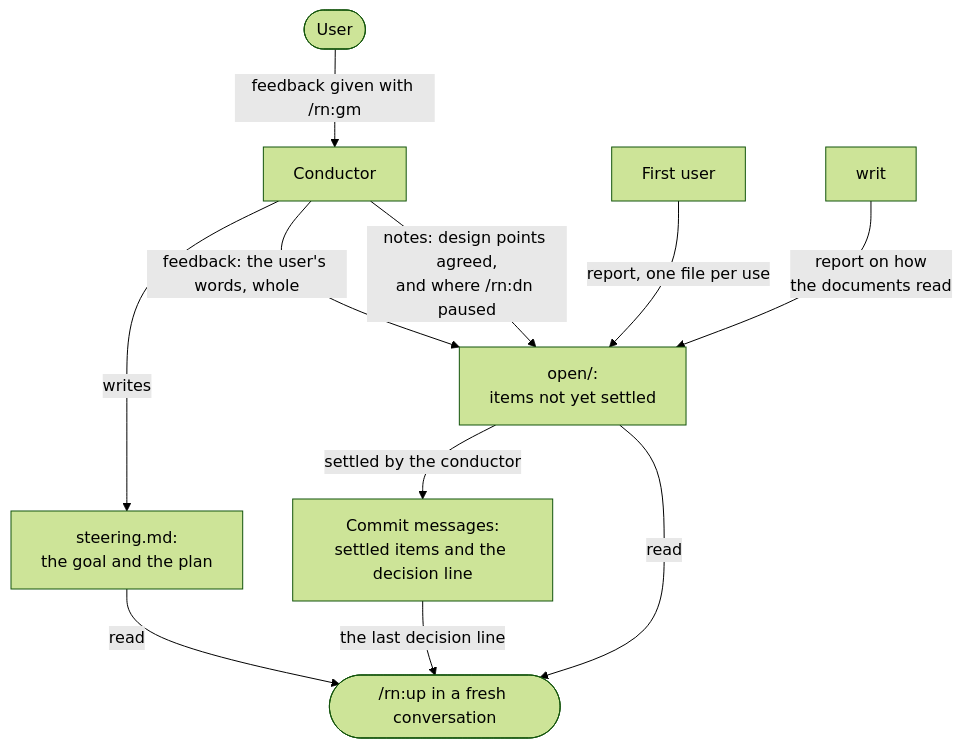
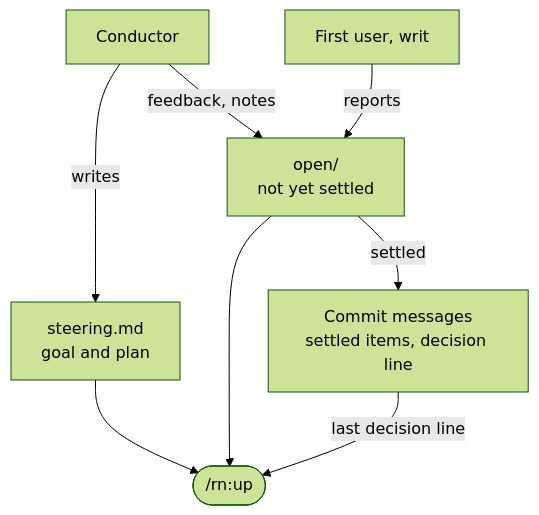
One commit to lovaizu/ccpm changed the third of 3 diagrams in rn/docs/design.md. Above: the diagram before and after it, drawn with Mermaid (forest theme). The commit also changed other lines of this file and 3 other files, not shown here.

````diff
--- a/rn/docs/design.md
+++ b/rn/docs/design.md
@@ -504,21 +377,16 @@
 ```mermaid
 flowchart TD
-    U(["User"])
     C["Conductor"]
-    F["First user"]
-    W["writ"]
-    S["steering.md:<br/>the goal and the plan"]
-    O["open/:<br/>items not yet settled"]
-    M["Commit messages:<br/>settled items and the decision line"]
-    UP(["/rn:up in a fresh conversation"])
+    F["First user, writ"]
+    S["steering.md<br/>goal and plan"]
+    O["open/<br/>not yet settled"]
+    M["Commit messages<br/>settled items, decision line"]
+    UP(["/rn:up"])
     C -->|"writes"| S
-    F -->|"report, one file per use"| O
-    W -->|"report on how<br/>the documents read"| O
-    U -->|"feedback given with /rn:gm"| C
-    C -->|"feedback: the user's words, whole"| O
-    C -->|"notes: design points agreed,<br/>and where /rn:dn paused"| O
-    O -->|"settled by the conductor"| M
-    S -->|"read"| UP
-    O -->|"read"| UP
-    M -->|"the last decision line"| UP
+    C -->|"feedback, notes"| O
+    F -->|"reports"| O
+    O -->|"settled"| M
+    S --> UP
+    O --> UP
+    M -->|"last decision line"| UP
 ```
````
